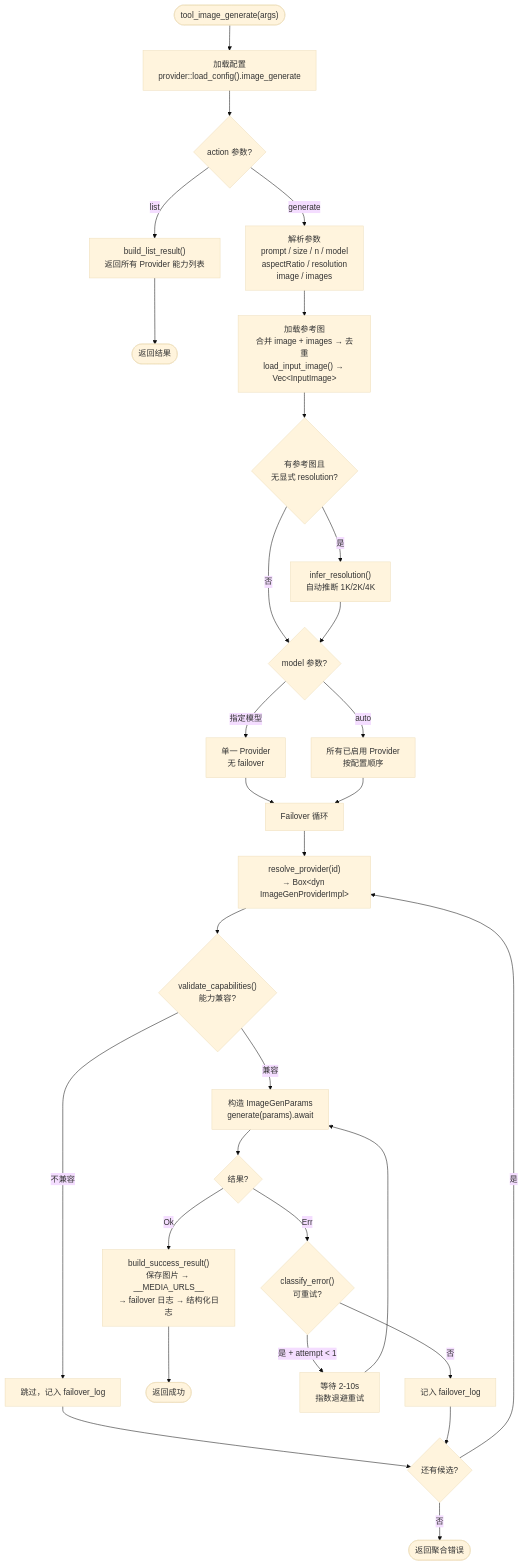
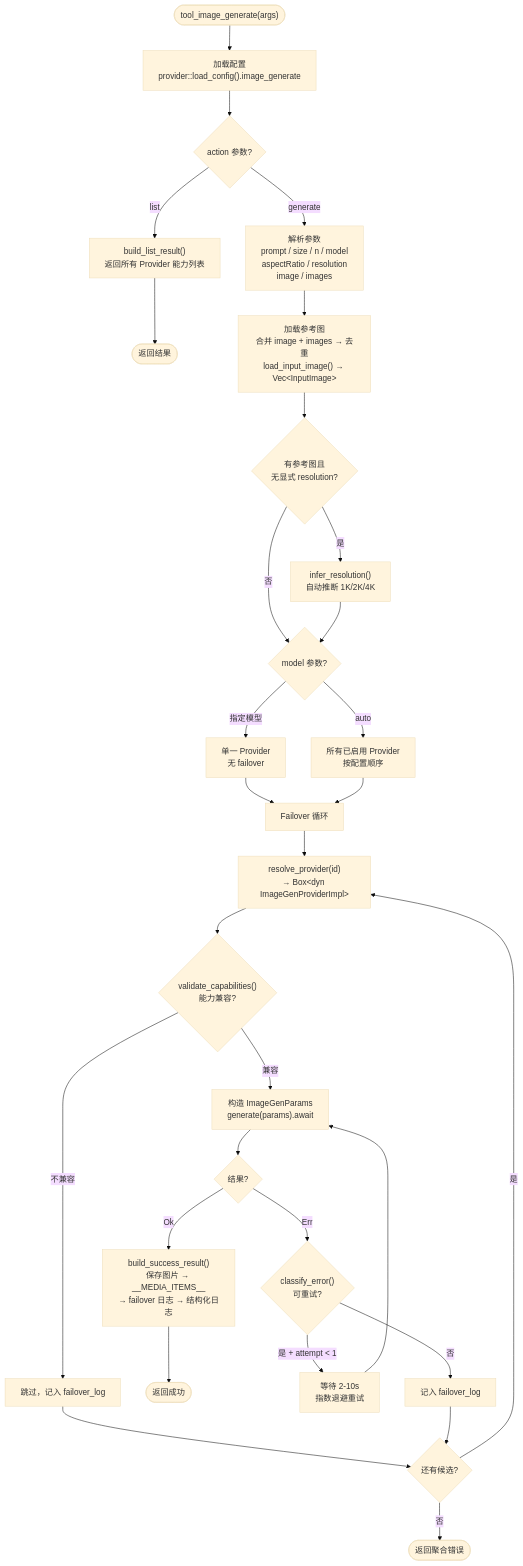
Before and after one commit to shiwenwen/hope-agent: the second of 11 diagrams in docs/architecture/image-generation.md, drawn with Mermaid (base theme). The commit also changed other lines of this file and 38 other files, not shown here.

````diff
--- a/docs/architecture/image-generation.md
+++ b/docs/architecture/image-generation.md
@@ -160,40 +160,40 @@
 ```mermaid
 flowchart TD
     START(["tool_image_generate(args)"]) --> LOAD["加载配置<br/>provider::load_config().image_generate"]
     LOAD --> ACTION{"action 参数?"}
 
     ACTION -- "list" --> LIST["build_list_result()<br/>返回所有 Provider 能力列表"]
     LIST --> RETURN_LIST(["返回结果"])
 
     ACTION -- "generate" --> PARSE["解析参数<br/>prompt / size / n / model<br/>aspectRatio / resolution<br/>image / images"]
     PARSE --> LOAD_IMG["加载参考图<br/>合并 image + images → 去重<br/>load_input_image() → Vec&lt;InputImage&gt;"]
     LOAD_IMG --> INFER{"有参考图且<br/>无显式 resolution?"}
     INFER -- "是" --> AUTO_RES["infer_resolution()<br/>自动推断 1K/2K/4K"]
     INFER -- "否" --> BUILD_CAND
     AUTO_RES --> BUILD_CAND
 
     BUILD_CAND{"model 参数?"}
     BUILD_CAND -- "指定模型" --> SINGLE["单一 Provider<br/>无 failover"]
     BUILD_CAND -- "auto" --> ALL["所有已启用 Provider<br/>按配置顺序"]
     SINGLE --> LOOP
     ALL --> LOOP
 
     LOOP["Failover 循环"] --> RESOLVE["resolve_provider(id)<br/>→ Box&lt;dyn ImageGenProviderImpl&gt;"]
     RESOLVE --> VALIDATE{"validate_capabilities()<br/>能力兼容?"}
     VALIDATE -- "不兼容" --> SKIP["跳过，记入 failover_log"]
     SKIP --> NEXT_P{"还有候选?"}
     NEXT_P -- "是" --> RESOLVE
     NEXT_P -- "否" --> FAIL(["返回聚合错误"])
 
     VALIDATE -- "兼容" --> GEN["构造 ImageGenParams<br/>generate(params).await"]
     GEN --> RESULT{"结果?"}
-    RESULT -- "Ok" --> SUCCESS["build_success_result()<br/>保存图片 → __MEDIA_URLS__<br/>→ failover 日志 → 结构化日志"]
+    RESULT -- "Ok" --> SUCCESS["build_success_result()<br/>保存图片 → __MEDIA_ITEMS__<br/>→ failover 日志 → 结构化日志"]
     SUCCESS --> RETURN_OK(["返回成功"])
 
     RESULT -- "Err" --> CLASSIFY{"classify_error()<br/>可重试?"}
     CLASSIFY -- "是 + attempt < 1" --> RETRY["等待 2-10s<br/>指数退避重试"]
     RETRY --> GEN
     CLASSIFY -- "否" --> LOG_ERR["记入 failover_log"]
     LOG_ERR --> NEXT_P
 
 ```
````
